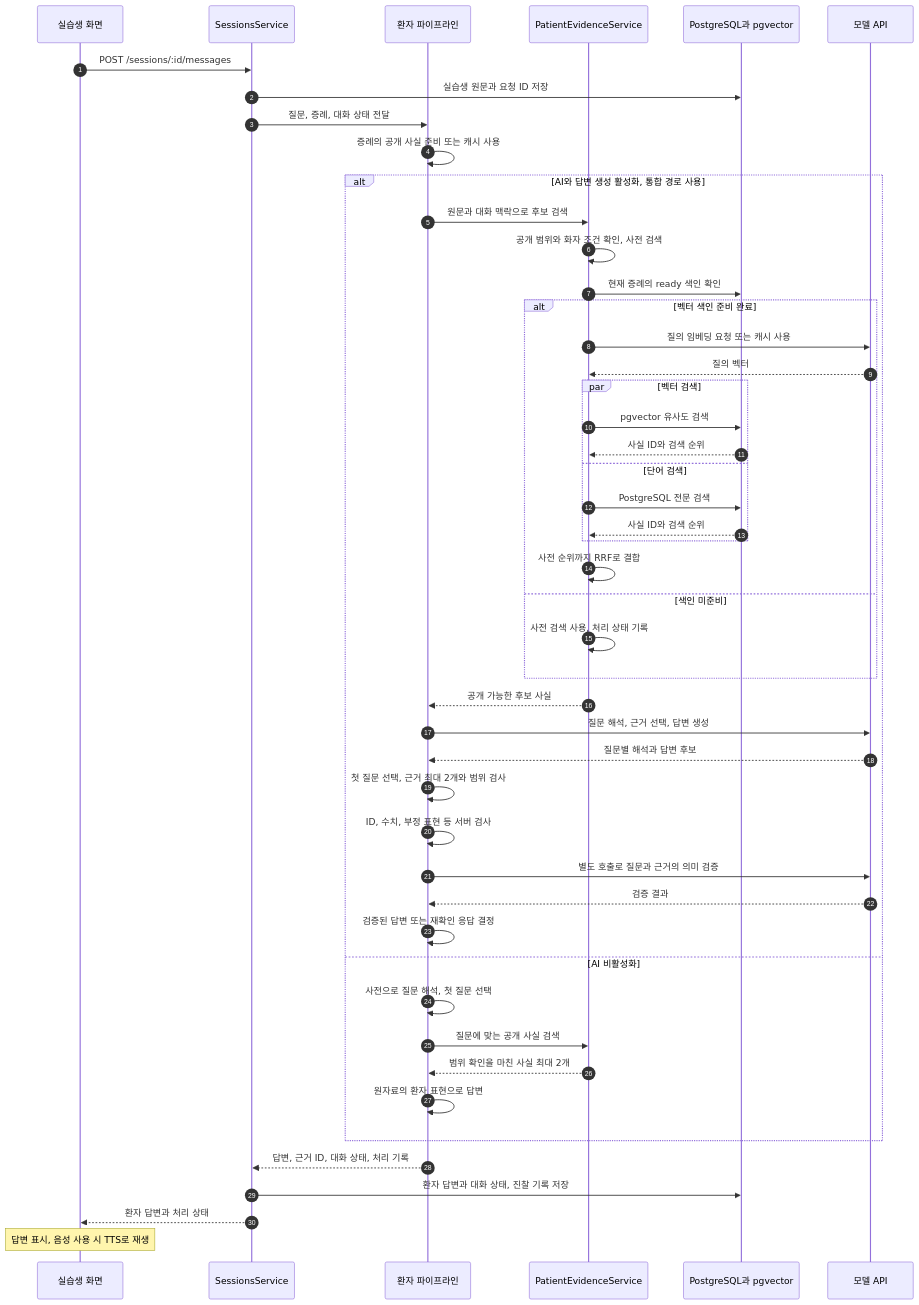
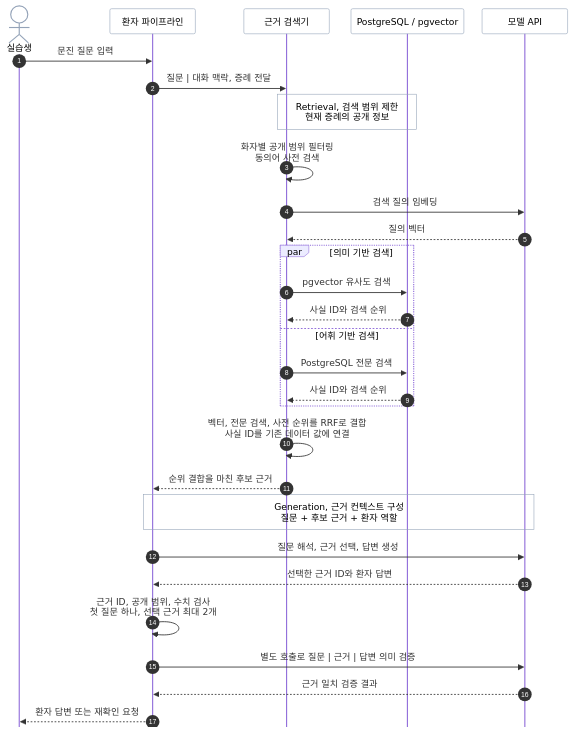
Before and after one commit to CODE-MEDI-2026-1TEAM/CODE-MEDI-2026-1TEAM: the second of 4 diagrams in README.md, drawn with Mermaid. The commit also changed other lines of this file, not shown here.

````diff
--- a/README.md
+++ b/README.md
@@ -294,53 +324,35 @@
 ```mermaid
+%%{init: {"fontFamily": "Arial", "sequence": {"useMaxWidth": true, "actorMargin": 32, "height": 44, "messageMargin": 22, "noteMargin": 12, "mirrorActors": false, "wrap": false, "actorFontSize": 14, "messageFontSize": 14, "noteFontSize": 13}, "themeVariables": {"fontFamily": "Arial", "actorBkg": "transparent", "actorBorder": "#94a3b8", "noteBkgColor": "transparent", "noteBorderColor": "#94a3b8"}}}%%
 sequenceDiagram
     autonumber
-    participant UI as 실습생 화면
-    participant Session as SessionsService
+    actor Student as 실습생
     participant Pipeline as 환자 파이프라인
-    participant Search as PatientEvidenceService
-    participant DB as PostgreSQL과 pgvector
-    participant AI as 모델 API
+    participant Retriever as 근거 검색기
+    participant Store as PostgreSQL / pgvector
+    participant Model as 모델 API
 
-    UI->>Session: POST /sessions/:id/messages
-    Session->>DB: 실습생 원문과 요청 ID 저장
-    Session->>Pipeline: 질문, 증례, 대화 상태 전달
-    Pipeline->>Pipeline: 증례의 공개 사실 준비 또는 캐시 사용
+    Student->>Pipeline: 문진 질문 입력
+    Pipeline->>Retriever: 질문 | 대화 맥락, 증례 전달
+    Note over Retriever,Store: Retrieval, 검색 범위 제한<br/>현재 증례의 공개 정보
+    Retriever->>Retriever: 화자별 공개 범위 필터링<br/>동의어 사전 검색
+    Retriever->>Model: 검색 질의 임베딩
+    Model-->>Retriever: 질의 벡터
 
-    alt AI와 답변 생성 활성화, 통합 경로 사용
-        Pipeline->>Search: 원문과 대화 맥락으로 후보 검색
-        Search->>Search: 공개 범위와 화자 조건 확인, 사전 검색
-        Search->>DB: 현재 증례의 ready 색인 확인
-        alt 벡터 색인 준비 완료
-            Search->>AI: 질의 임베딩 요청 또는 캐시 사용
-            AI-->>Search: 질의 벡터
-            par 벡터 검색
-                Search->>DB: pgvector 유사도 검색
-                DB-->>Search: 사실 ID와 검색 순위
-            and 단어 검색
-                Search->>DB: PostgreSQL 전문 검색
-                DB-->>Search: 사실 ID와 검색 순위
-            end
-            Search->>Search: 사전 순위까지 RRF로 결합
-        else 색인 미준비
-            Search->>Search: 사전 검색 사용, 처리 상태 기록
-        end
-        Search-->>Pipeline: 공개 가능한 후보 사실
-        Pipeline->>AI: 질문 해석, 근거 선택, 답변 생성
-        AI-->>Pipeline: 질문별 해석과 답변 후보
-        Pipeline->>Pipeline: 첫 질문 선택, 근거 최대 2개와 범위 검사
-        Pipeline->>Pipeline: ID, 수치, 부정 표현 등 서버 검사
-        Pipeline->>AI: 별도 호출로 질문과 근거의 의미 검증
-        AI-->>Pipeline: 검증 결과
-        Pipeline->>Pipeline: 검증된 답변 또는 재확인 응답 결정
-    else AI 비활성화
-        Pipeline->>Pipeline: 사전으로 질문 해석, 첫 질문 선택
-        Pipeline->>Search: 질문에 맞는 공개 사실 검색
-        Search-->>Pipeline: 범위 확인을 마친 사실 최대 2개
-        Pipeline->>Pipeline: 원자료의 환자 표현으로 답변
+    par 의미 기반 검색
+        Retriever->>Store: pgvector 유사도 검색
+        Store-->>Retriever: 사실 ID와 검색 순위
+    and 어휘 기반 검색
+        Retriever->>Store: PostgreSQL 전문 검색
+        Store-->>Retriever: 사실 ID와 검색 순위
     end
 
-    Pipeline-->>Session: 답변, 근거 ID, 대화 상태, 처리 기록
-    Session->>DB: 환자 답변과 대화 상태, 진찰 기록 저장
-    Session-->>UI: 환자 답변과 처리 상태
-    Note over UI: 답변 표시, 음성 사용 시 TTS로 재생
+    Retriever->>Retriever: 벡터, 전문 검색, 사전 순위를 RRF로 결합<br/>사실 ID를 기존 데이터 값에 연결
+    Retriever-->>Pipeline: 순위 결합을 마친 후보 근거
+    Note over Pipeline,Model: Generation, 근거 컨텍스트 구성<br/>질문 + 후보 근거 + 환자 역할
+    Pipeline->>Model: 질문 해석, 근거 선택, 답변 생성
+    Model-->>Pipeline: 선택한 근거 ID와 환자 답변
+    Pipeline->>Pipeline: 근거 ID, 공개 범위, 수치 검사<br/>첫 질문 하나, 선택 근거 최대 2개
+    Pipeline->>Model: 별도 호출로 질문 | 근거 | 답변 의미 검증
+    Model-->>Pipeline: 근거 일치 검증 결과
+    Pipeline-->>Student: 환자 답변 또는 재확인 요청
 ```
````
